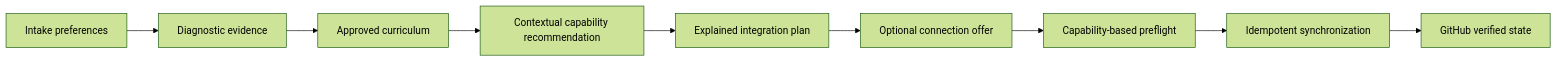
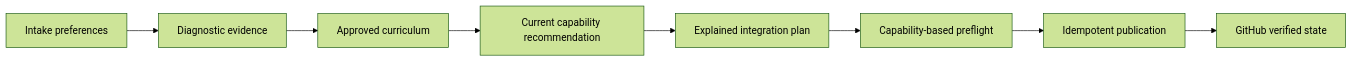
One commit to diegomoura/open-study-path changed the first of 2 diagrams in docs/integration-capabilities.md. Above: the diagram before and after it, drawn with Mermaid (forest theme). The commit also changed other lines of this file and 31 other files, not shown here.

````diff
--- a/docs/integration-capabilities.md
+++ b/docs/integration-capabilities.md
@@ -5,11 +5,10 @@
 ```mermaid
 flowchart LR
     I[Intake preferences] --> D[Diagnostic evidence]
     D --> C[Approved curriculum]
-    C --> R[Contextual capability recommendation]
+    C --> R[Current capability recommendation]
     R --> P[Explained integration plan]
-    P --> O[Optional connection offer]
-    O --> F[Capability-based preflight]
-    F --> S[Idempotent synchronization]
+    P --> F[Capability-based preflight]
+    F --> S[Idempotent publication]
     S --> G[GitHub verified state]
 ```
````
